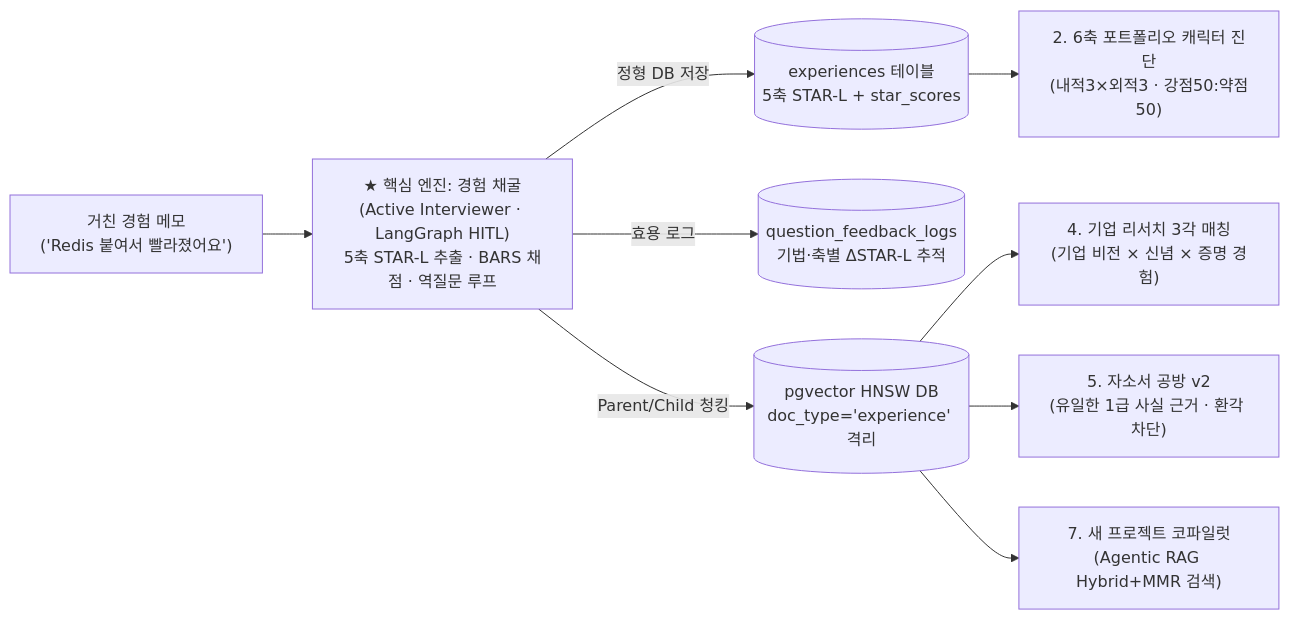
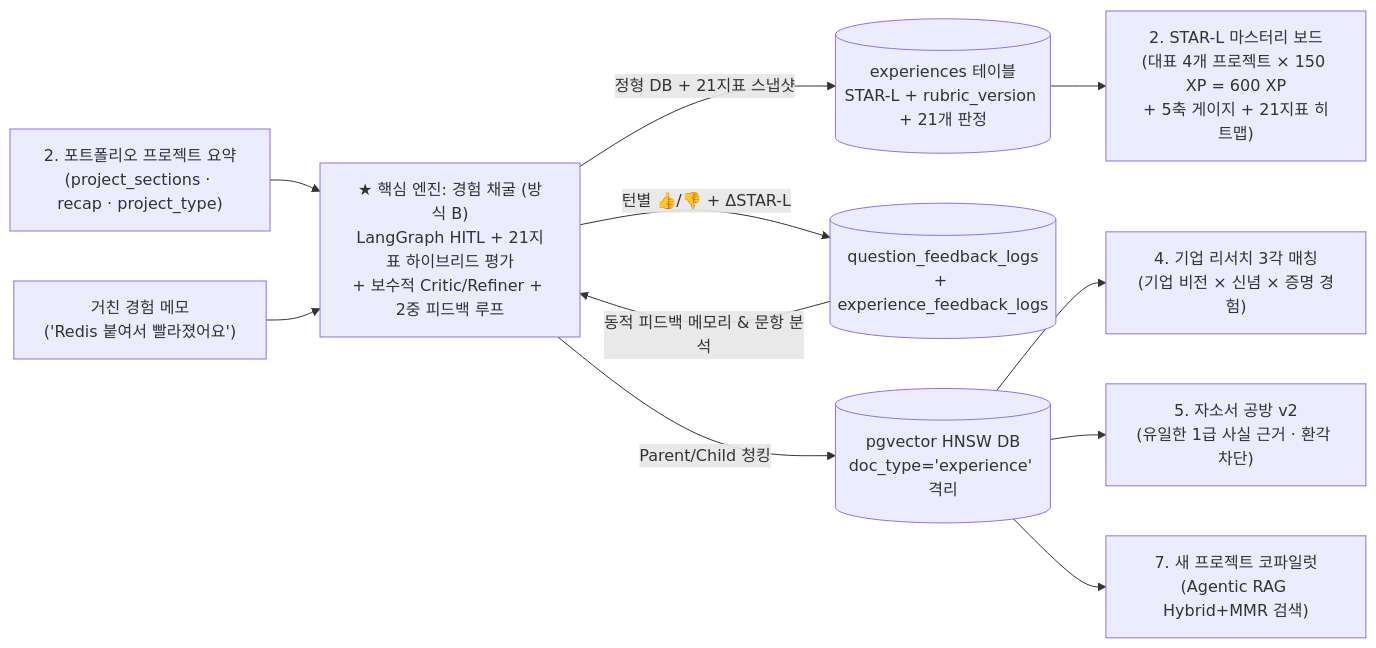
Before and after one commit to KASOP0306/write-on-vibe-lab: the first of 3 diagrams in EXPERIENCE_MINING_ARCHITECTURE.md, drawn with Mermaid. The commit also changed other lines of this file and 22 other files, not shown here.

Commit message:
feat: STAR-L 21-checkpoint hybrid evaluator, 600 XP mastery, and closed-loop feedback

````diff
--- a/EXPERIENCE_MINING_ARCHITECTURE.md
+++ b/EXPERIENCE_MINING_ARCHITECTURE.md
@@ -11,12 +11,15 @@
 ```mermaid
 flowchart LR
-    RAW["거친 경험 메모\n('Redis 붙여서 빨라졌어요')"] --> CORE["★ 핵심 엔진: 경험 채굴\n(Active Interviewer · LangGraph HITL)\n5축 STAR-L 추출 · BARS 채점 · 역질문 루프"]
-    CORE -->|"정형 DB 저장"| EXP[("experiences 테이블\n5축 STAR-L + star_scores")]
-    CORE -->|"효용 로그"| QLOG[("question_feedback_logs\n기법·축별 ΔSTAR-L 추적")]
-    CORE -->|"Parent/Child 청킹"| VDB[("pgvector HNSW DB\ndoc_type='experience' 격리")]
+    PROJ["2. 포트폴리오 프로젝트 요약<br/>(project_sections · recap · project_type)"] --> CORE
+    RAW["거친 경험 메모<br/>('Redis 붙여서 빨라졌어요')"] --> CORE["★ 핵심 엔진: 경험 채굴 (방식 B)<br/>LangGraph HITL + 21지표 하이브리드 평가<br/>+ 보수적 Critic/Refiner + 2중 피드백 루프"]
 
-    EXP --> CHAR["2. 6축 포트폴리오 캐릭터 진단\n(내적3×외적3 · 강점50:약점50)"]
-    VDB --> COMP["4. 기업 리서치 3각 매칭\n(기업 비전 × 신념 × 증명 경험)"]
-    VDB --> CL["5. 자소서 공방 v2\n(유일한 1급 사실 근거 · 환각 차단)"]
-    VDB --> COP["7. 새 프로젝트 코파일럿\n(Agentic RAG Hybrid+MMR 검색)"]
+    CORE -->|"정형 DB + 21지표 스냅샷"| EXP[("experiences 테이블<br/>STAR-L + rubric_version + 21개 판정")]
+    CORE -->|"턴별 👍/👎 + ΔSTAR-L"| QLOG[("question_feedback_logs<br/>+ experience_feedback_logs")]
+    QLOG -->|"동적 피드백 메모리 & 문항 분석"| CORE
+    CORE -->|"Parent/Child 청킹"| VDB[("pgvector HNSW DB<br/>doc_type='experience' 격리")]
+
+    EXP --> PORT["2. STAR-L 마스터리 보드<br/>(대표 4개 프로젝트 × 150 XP = 600 XP<br/>+ 5축 게이지 + 21지표 히트맵)"]
+    VDB --> COMP["4. 기업 리서치 3각 매칭<br/>(기업 비전 × 신념 × 증명 경험)"]
+    VDB --> CL["5. 자소서 공방 v2<br/>(유일한 1급 사실 근거 · 환각 차단)"]
+    VDB --> COP["7. 새 프로젝트 코파일럿<br/>(Agentic RAG Hybrid+MMR 검색)"]
 ```
````
